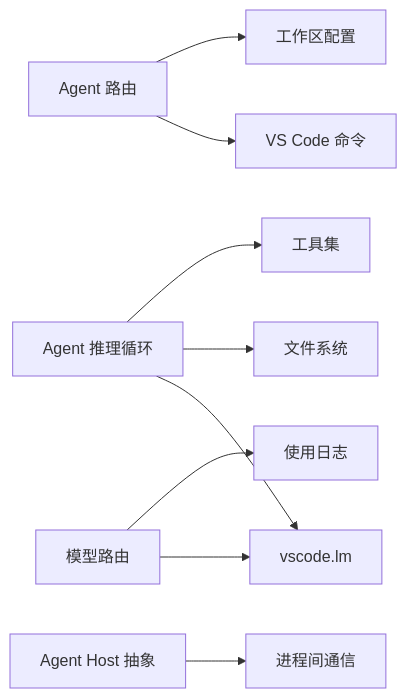
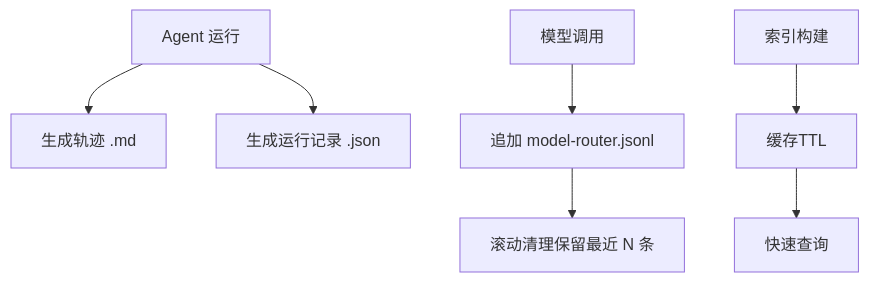
Before and after one commit to sofate798/KodrixCode: the eighth of 10 diagrams in .qoder/repowiki/zh/content/架构设计/数据流设计.md, drawn with Mermaid. The commit also changed other lines of this file and 178 other files, not shown here.

````diff
--- a/.qoder/repowiki/zh/content/架构设计/数据流设计.md
+++ b/.qoder/repowiki/zh/content/架构设计/数据流设计.md
@@ -256,11 +272,9 @@
 ```mermaid
-graph LR
-Router["Agent 路由"] --> VSCodeCmd["VS Code 命令"]
-Router --> Config["工作区配置"]
-Loop["Agent 推理循环"] --> LM["vscode.lm"]
-Loop --> FS["文件系统"]
-Loop --> Tools["工具集"]
-ModelRoute["模型路由"] --> LM
-ModelRoute --> Log["使用日志"]
-Platform["Agent Host 抽象"] --> IPC["进程间通信"]
+flowchart TD
+Run["Agent 运行"] --> Trace["生成轨迹 .md"]
+Run --> Record["生成运行记录 .json"]
+ModelCall["模型调用"] --> UsageLog["追加 model-router.jsonl"]
+UsageLog --> Roll["滚动清理保留最近 N 条"]
+Index["索引构建"] --> Cache["缓存TTL"]
+Cache --> Query["快速查询"]
 ```
````
